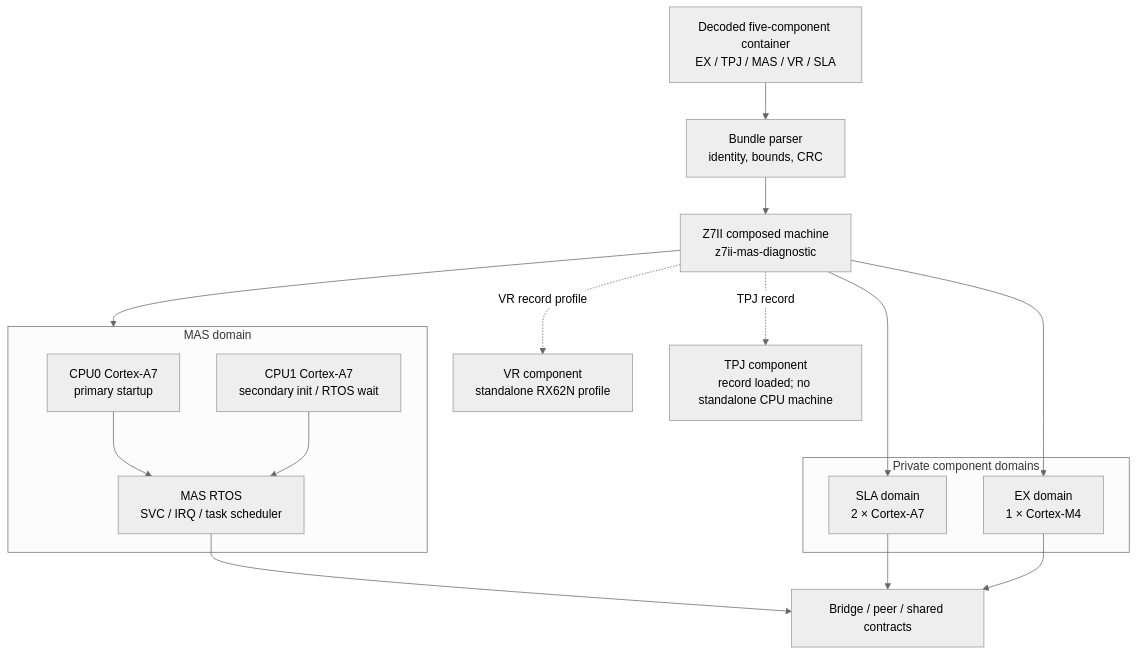
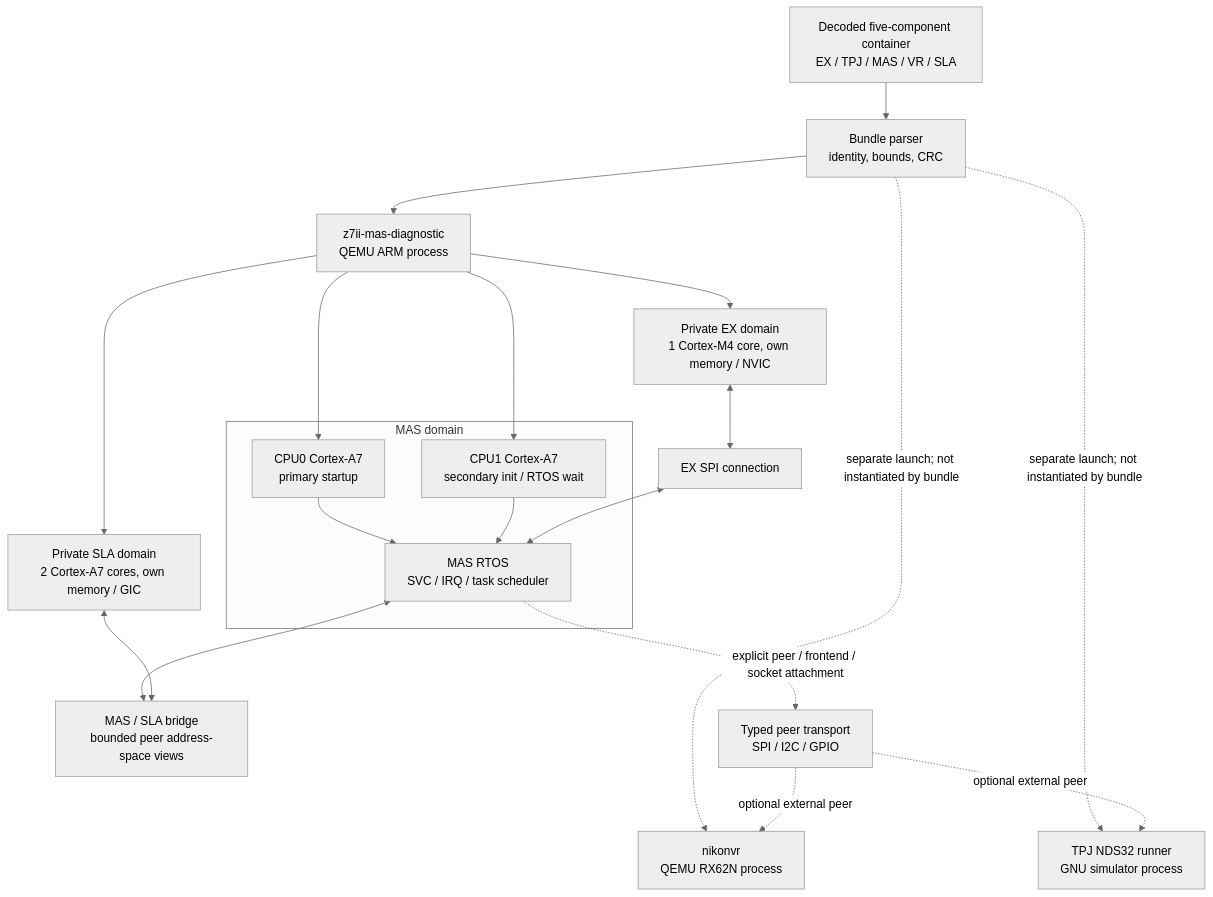
One commit to nightglasses/z7ii-qemu changed the first of 6 diagrams in docs/architecture.md. Above: the diagram before and after it, drawn with Mermaid (neutral theme). The commit also changed other lines of this file and 4 other files, not shown here.

Commit message:
docs: align architecture with current pipelines

````diff
--- a/docs/architecture.md
+++ b/docs/architecture.md
@@ -14,31 +13,30 @@
 ```mermaid
 flowchart TD
-  Input[Decoded five-component container\nEX / TPJ / MAS / VR / SLA]
-  Parser[Bundle parser\nidentity, bounds, CRC]
-  Machine[Z7II composed machine\nz7ii-mas-diagnostic]
-
+  Input["Decoded five-component container<br/>EX / TPJ / MAS / VR / SLA"]
+  Parser["Bundle parser<br/>identity, bounds, CRC"]
+  Machine["z7ii-mas-diagnostic<br/>QEMU ARM process"]
   Input --> Parser --> Machine
 
-  subgraph Mas[MAS domain]
-    Mas0[CPU0 Cortex-A7\nprimary startup]
-    Mas1[CPU1 Cortex-A7\nsecondary init / RTOS wait]
-    MasRTOS[MAS RTOS\nSVC / IRQ / task scheduler]
+  subgraph Mas["MAS domain"]
+    Mas0["CPU0 Cortex-A7<br/>primary startup"]
+    Mas1["CPU1 Cortex-A7<br/>secondary init / RTOS wait"]
+    MasRTOS["MAS RTOS<br/>SVC / IRQ / task scheduler"]
     Mas0 --> MasRTOS
     Mas1 --> MasRTOS
   end
 
-  subgraph Private[Private component domains]
-    Sla[SLA domain\n2 × Cortex-A7]
-    Ex[EX domain\n1 × Cortex-M4]
-  end
+  Machine --> Mas0
+  Machine --> Mas1
+  Machine --> Sla["Private SLA domain<br/>2 Cortex-A7 cores, own memory / GIC"]
+  Machine --> Ex["Private EX domain<br/>1 Cortex-M4 core, own memory / NVIC"]
+  MasRTOS <--> Bridge["MAS / SLA bridge<br/>bounded peer address-space views"]
+  Sla <--> Bridge
+  Ex <--> SPI["EX SPI connection"]
+  SPI <--> MasRTOS
 
-  Machine --> Mas
-  Machine --> Sla
-  Machine --> Ex
-  Machine -. VR record profile .-> VR[VR component\nstandalone RX62N profile]
-  Machine -. TPJ record .-> TPJ[TPJ component\nrecord loaded; no standalone CPU machine]
-
-  MasRTOS --> Shared[Bridge / peer / shared contracts]
-  Sla --> Shared
-  Ex --> Shared
+  Parser -. "separate launch; not instantiated by bundle" .-> VR["nikonvr<br/>QEMU RX62N process"]
+  Parser -. "separate launch; not instantiated by bundle" .-> TPJ["TPJ NDS32 runner<br/>GNU simulator process"]
+  MasRTOS -. "explicit peer / frontend / socket attachment" .-> Wire["Typed peer transport<br/>SPI / I2C / GPIO"]
+  Wire -. "optional external peer" .-> VR
+  Wire -. "optional external peer" .-> TPJ
 ```
````
